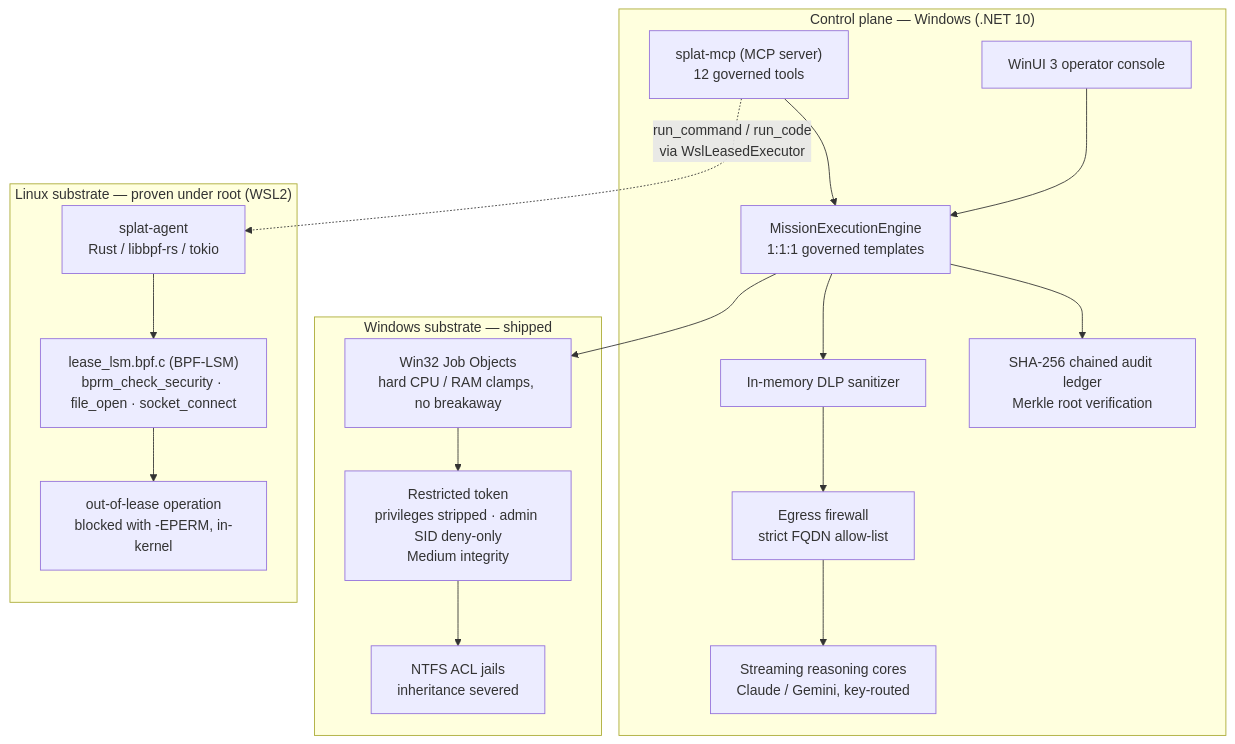
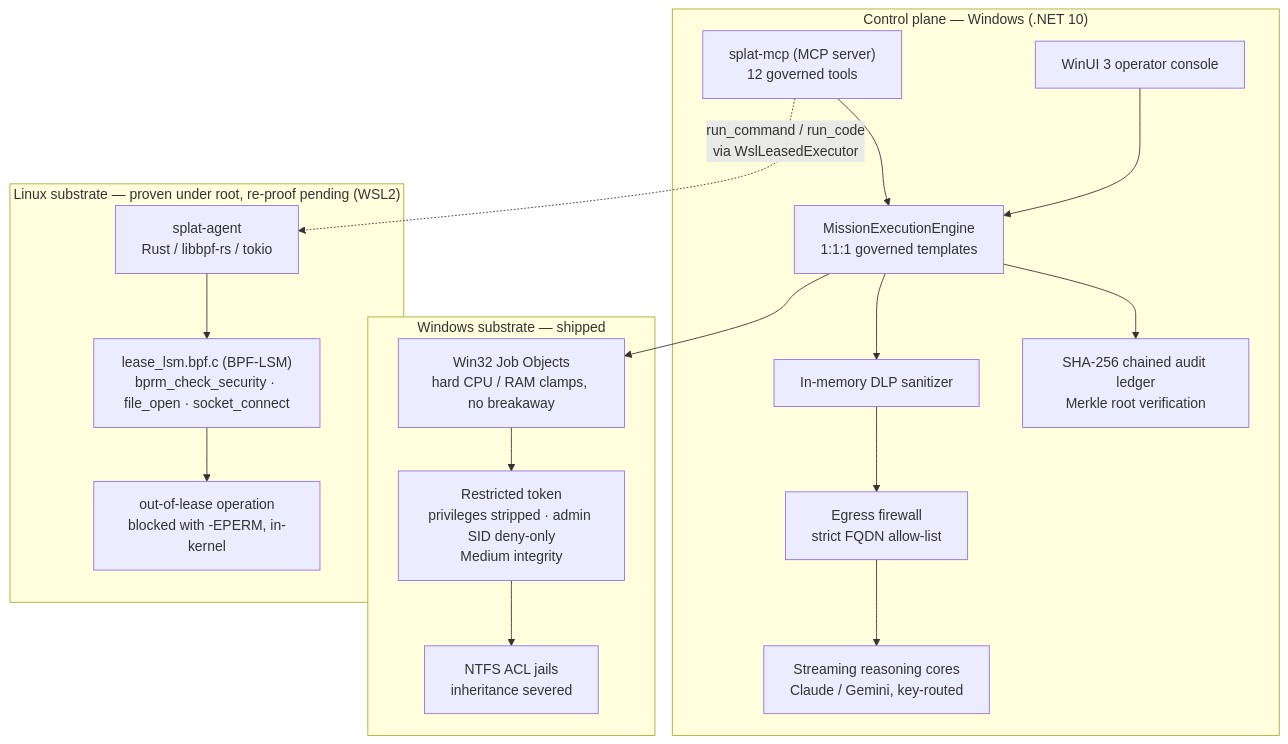
Before and after one commit to Spplatten/SPLAT: the diagram in README.md, drawn with Mermaid. The commit also changed other lines of this file and 17 other files, not shown here.

````diff
--- a/README.md
+++ b/README.md
@@ -54,25 +54,25 @@
 ```mermaid
 flowchart TD
     subgraph CP["Control plane — Windows (.NET 10)"]
         UI["WinUI 3 operator console"] --> ENG["MissionExecutionEngine<br/>1:1:1 governed templates"]
         MCP["splat-mcp (MCP server)<br/>12 governed tools"] --> ENG
         ENG --> DLP["In-memory DLP sanitizer"]
         DLP --> FW["Egress firewall<br/>strict FQDN allow-list"]
         FW --> AI["Streaming reasoning cores<br/>Claude / Gemini, key-routed"]
         ENG --> LED["SHA-256 chained audit ledger<br/>Merkle root verification"]
     end
     subgraph WIN["Windows substrate — shipped"]
         JO["Win32 Job Objects<br/>hard CPU / RAM clamps, no breakaway"]
         RT["Restricted token<br/>privileges stripped · admin SID deny-only<br/>Medium integrity"]
         JAIL["NTFS ACL jails<br/>inheritance severed"]
         JO --> RT --> JAIL
     end
-    subgraph LNX["Linux substrate — proven under root (WSL2)"]
+    subgraph LNX["Linux substrate — proven under root, re-proof pending (WSL2)"]
         AGENT["splat-agent<br/>Rust / libbpf-rs / tokio"]
         LSM["lease_lsm.bpf.c (BPF-LSM)<br/>bprm_check_security · file_open · socket_connect"]
         EPERM["out-of-lease operation<br/>blocked with -EPERM, in-kernel"]
         AGENT --> LSM --> EPERM
     end
     ENG --> JO
     MCP -.->|run_command / run_code<br/>via WslLeasedExecutor| AGENT
 ```
````
